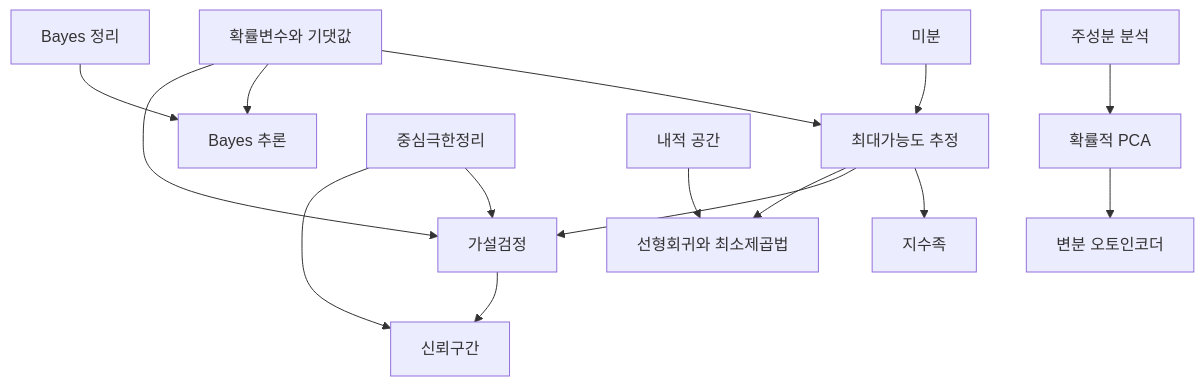
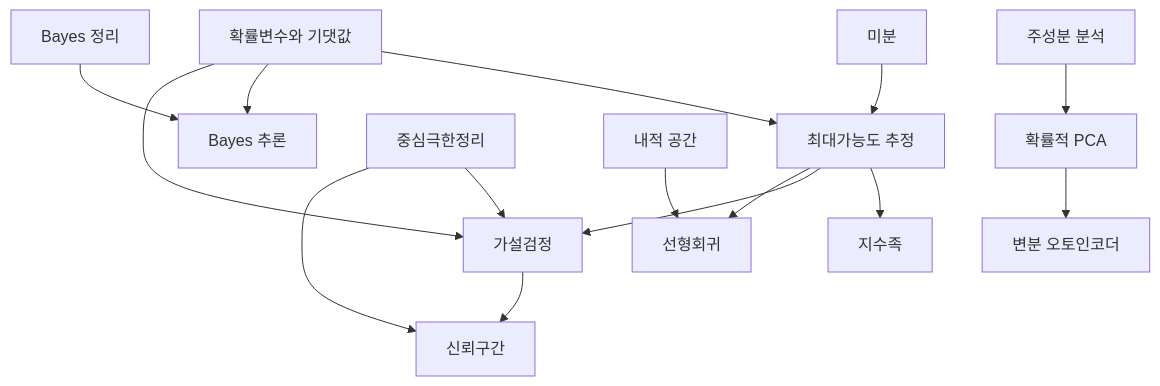
One commit to Phryxia/math-map changed the diagram in docs/statistics-overview.md. Above: the diagram before and after it, drawn with Mermaid. The commit also changed other lines of this file and 8 other files, not shown here.

First line of the commit message:
narrow the linear-regression title to 선형회귀 and drop its listing-style mermaid

````diff
--- a/docs/statistics-overview.md
+++ b/docs/statistics-overview.md
@@ -13,17 +13,17 @@
 ```mermaid
 graph TD
   DV["미분"] --> ML["최대가능도 추정"]
   RV["확률변수와 기댓값"] --> ML
   ML --> EF["지수족"]
   BY["Bayes 정리"] --> BI["Bayes 추론"]
   RV --> BI
   ML --> HT["가설검정"]
   RV --> HT
   CLT["중심극한정리"] --> HT
   HT --> CI["신뢰구간"]
   CLT --> CI
-  IP["내적 공간"] --> LR["선형회귀와 최소제곱법"]
+  IP["내적 공간"] --> LR["선형회귀"]
   ML --> LR
   PCA["주성분 분석"] --> PPCA["확률적 PCA"]
   PPCA --> VAE["변분 오토인코더"]
 ```
````
